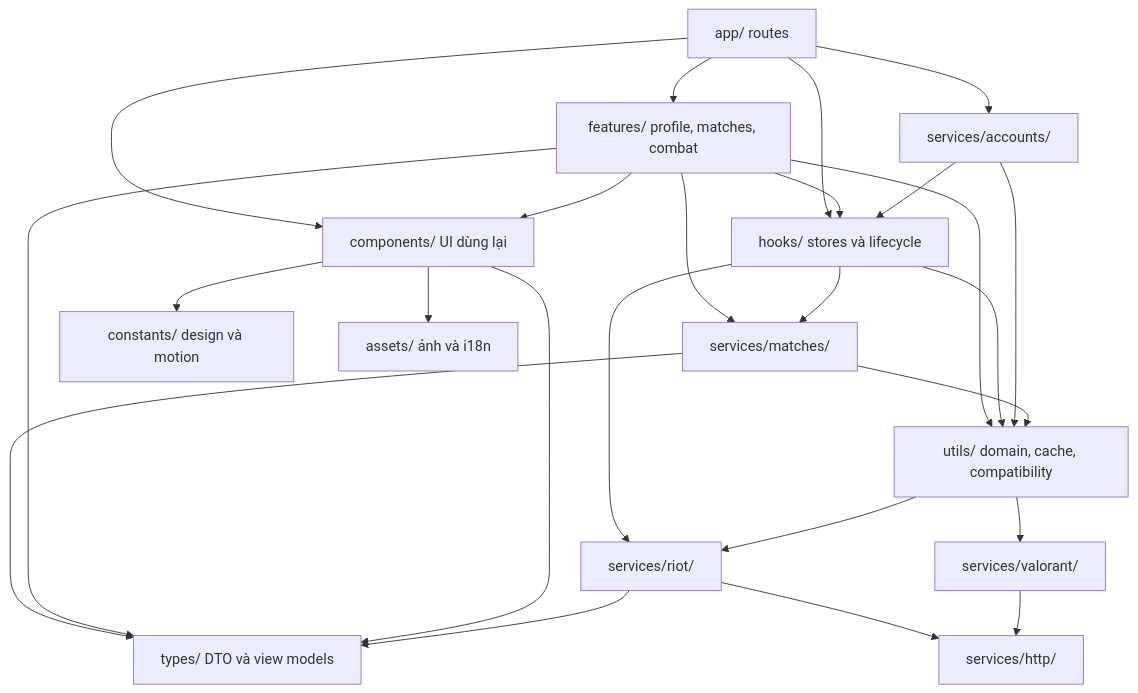
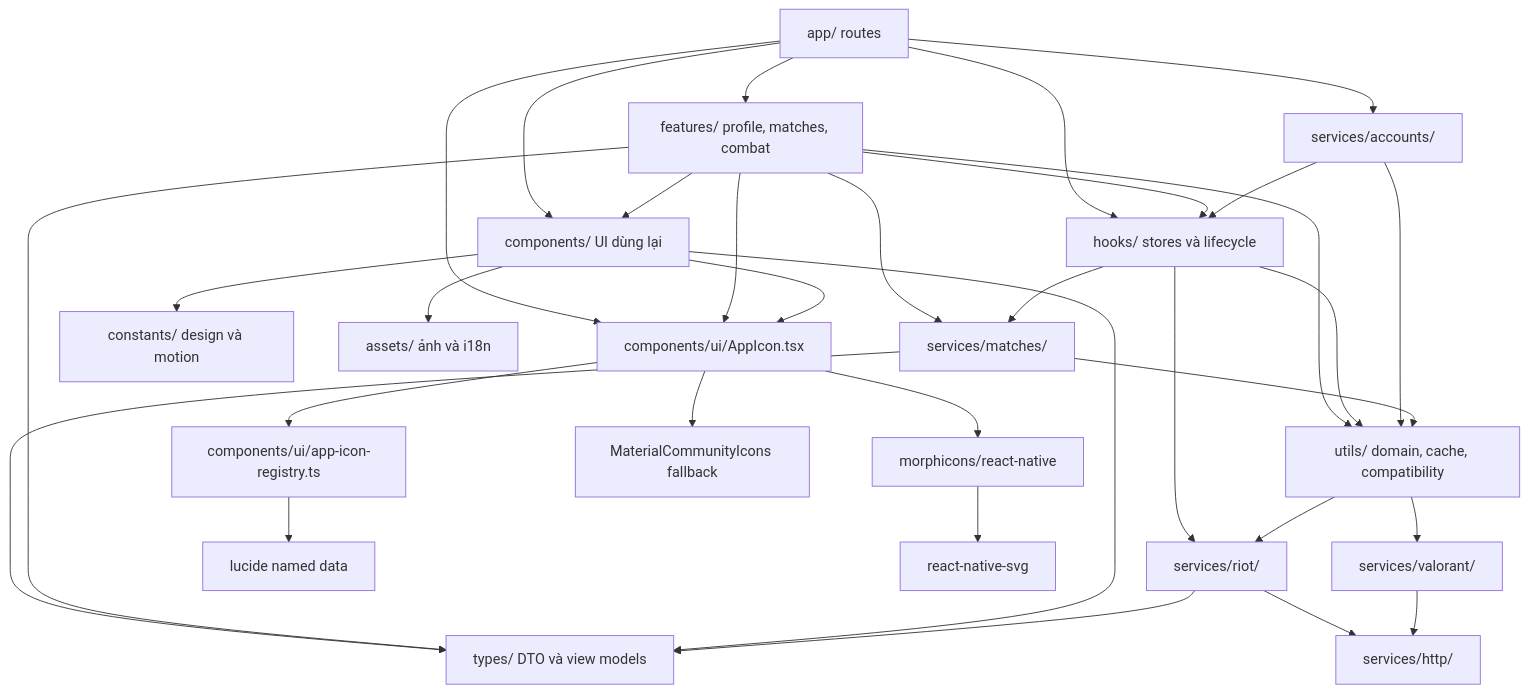
Before and after one commit to GinzaTech/Vshop: the diagram in markdown/14-package.md, drawn with Mermaid. The commit also changed other lines of this file and 12 other files, not shown here.

````diff
--- a/markdown/14-package.md
+++ b/markdown/14-package.md
@@ -6,40 +6,54 @@
 ```mermaid
 flowchart TD
     App[app/ routes]
     Features[features/ profile, matches, combat]
     Components[components/ UI dùng lại]
     Hooks[hooks/ stores và lifecycle]
     Accounts[services/accounts/]
     MatchServices[services/matches/]
     Riot[services/riot/]
     Public[services/valorant/]
     Http[services/http/]
     Utils[utils/ domain, cache, compatibility]
     Types[types/ DTO và view models]
     Constants[constants/ design và motion]
     Assets[assets/ ảnh và i18n]
+    AppIcon[components/ui/AppIcon.tsx]
+    IconRegistry[components/ui/app-icon-registry.ts]
+    Lucide[lucide named data]
+    Morphicons[morphicons/react-native]
+    Svg[react-native-svg]
+    GameFallback[MaterialCommunityIcons fallback]
     App --> Features
     App --> Components
     App --> Hooks
     App --> Accounts
     Features --> Components
     Features --> Hooks
     Features --> Utils
     Hooks --> Utils
     Hooks --> Riot
     Accounts --> Hooks
     Accounts --> Utils
     Features --> MatchServices
     Hooks --> MatchServices
     MatchServices --> Utils
     MatchServices --> Types
     Utils --> Riot
     Utils --> Public
     Riot --> Http
     Public --> Http
     Features --> Types
     Components --> Types
     Riot --> Types
     Components --> Constants
     Components --> Assets
+    App --> AppIcon
+    Features --> AppIcon
+    Components --> AppIcon
+    AppIcon --> IconRegistry
+    IconRegistry --> Lucide
+    AppIcon --> Morphicons
+    Morphicons --> Svg
+    AppIcon --> GameFallback
 ```
````
